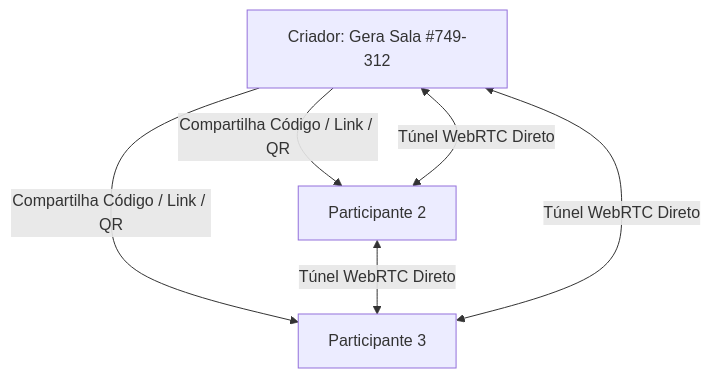
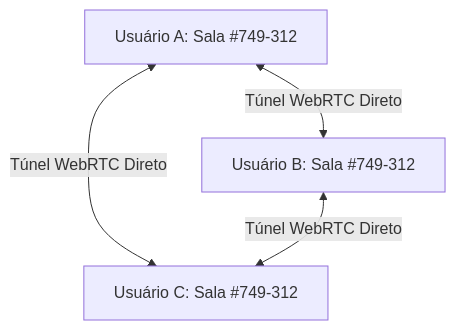
One commit to PLSchultz/GhostDrop-P2P changed the diagram in README.md. Above: the diagram before and after it, drawn with Mermaid. The commit also changed other lines of this file and 9 other files, not shown here.

````diff
--- a/README.md
+++ b/README.md
@@ -96,8 +96,6 @@
 ```mermaid
 graph TD
-    A[Criador: Gera Sala #749-312] -->|Compartilha Código / Link / QR| B[Participante 2]
-    A -->|Compartilha Código / Link / QR| C[Participante 3]
-    B <-->|Túnel WebRTC Direto| A
-    C <-->|Túnel WebRTC Direto| A
+    A[Usuário A: Sala #749-312] <-->|Túnel WebRTC Direto| B[Usuário B: Sala #749-312]
+    A <-->|Túnel WebRTC Direto| C[Usuário C: Sala #749-312]
     B <-->|Túnel WebRTC Direto| C
 ```
````
